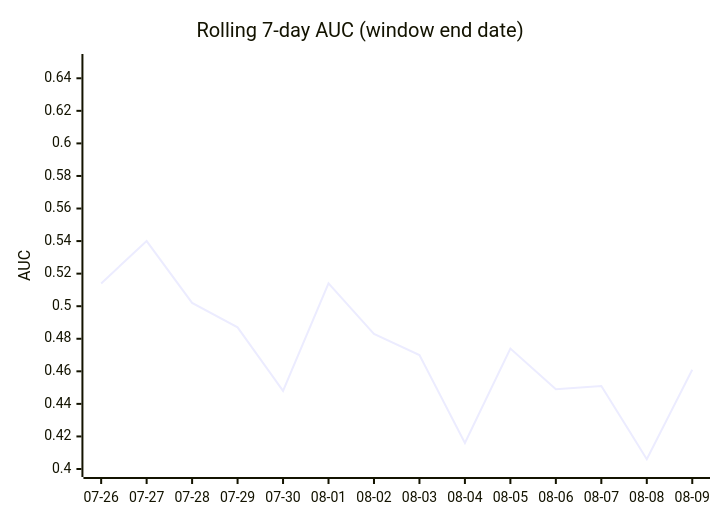
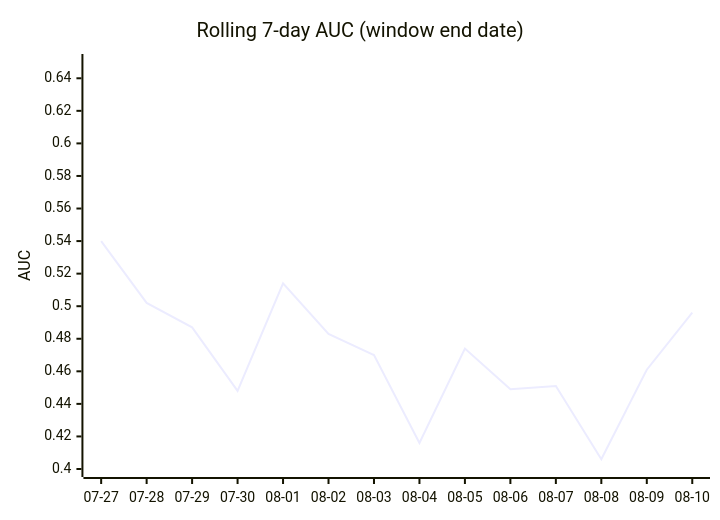
One commit to dpk1212/nhl-savant changed the third of 4 diagrams in DAILY_AGSU_REPORT.md. Above: the diagram before and after it, drawn with Mermaid. The commit also changed other lines of this file, not shown here.

````diff
--- a/DAILY_AGSU_REPORT.md
+++ b/DAILY_AGSU_REPORT.md
@@ -788,7 +785,7 @@
 ```mermaid
 xychart-beta
     title "Rolling 7-day AUC (window end date)"
-    x-axis ["07-26", "07-27", "07-28", "07-29", "07-30", "08-01", "08-02", "08-03", "08-04", "08-05", "08-06", "08-07", "08-08", "08-09"]
+    x-axis ["07-27", "07-28", "07-29", "07-30", "08-01", "08-02", "08-03", "08-04", "08-05", "08-06", "08-07", "08-08", "08-09", "08-10"]
     y-axis "AUC" 0.4 --> 0.65
-    line [0.514, 0.54, 0.502, 0.487, 0.448, 0.514, 0.483, 0.47, 0.416, 0.474, 0.449, 0.451, 0.406, 0.461]
+    line [0.54, 0.502, 0.487, 0.448, 0.514, 0.483, 0.47, 0.416, 0.474, 0.449, 0.451, 0.406, 0.461, 0.496]
 ```
````
